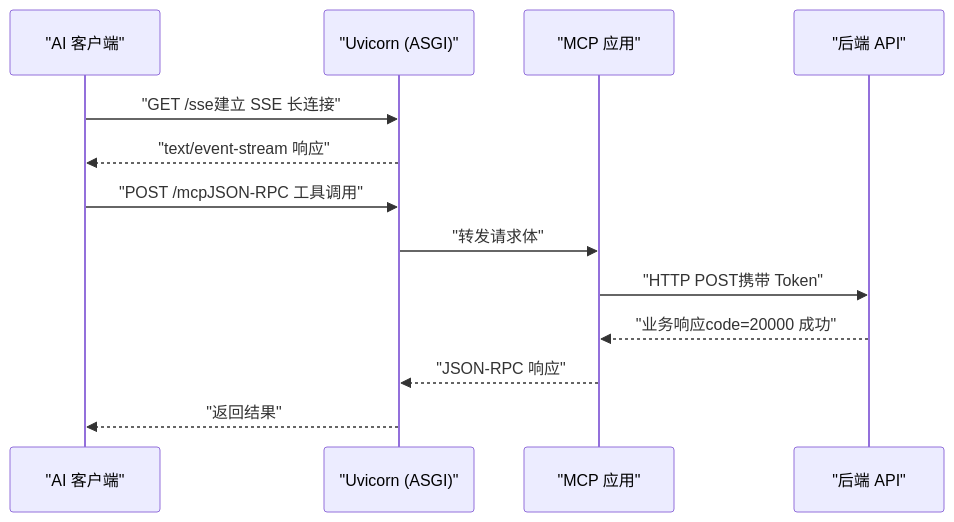
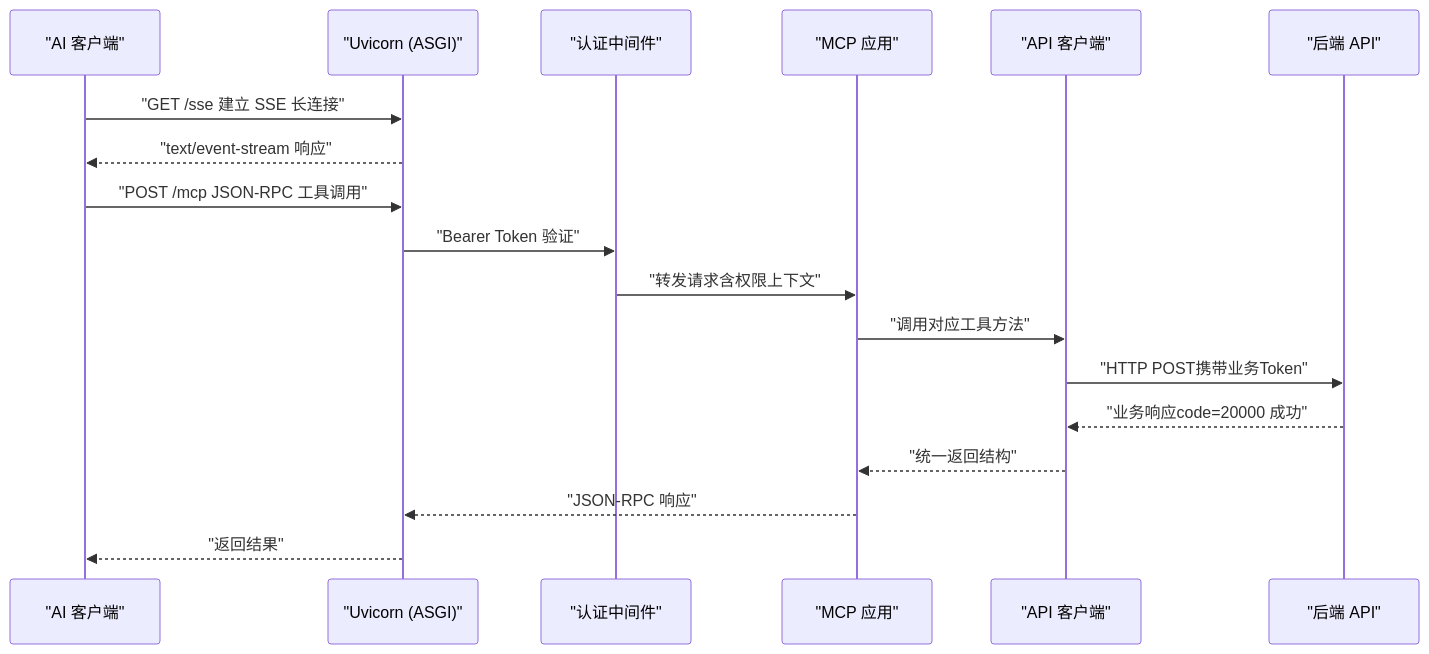
The second of 8 diagrams in .qoder/repowiki/zh/content/项目概述/项目概述.md (rookie-wind/web_ai), drawn with Mermaid before and after one commit. The commit also changed other lines of this file and 117 other files, not shown here.

````diff
--- a/.qoder/repowiki/zh/content/项目概述/项目概述.md
+++ b/.qoder/repowiki/zh/content/项目概述/项目概述.md
@@ -79,15 +89,20 @@
 ```mermaid
 sequenceDiagram
 participant Client as "AI 客户端"
 participant Uvicorn as "Uvicorn (ASGI)"
+participant Auth as "认证中间件"
 participant MCP as "MCP 应用"
-participant API as "后端 API"
-Client->>Uvicorn : "GET /sse建立 SSE 长连接"
+participant API as "API 客户端"
+participant Backend as "后端 API"
+Client->>Uvicorn : "GET /sse 建立 SSE 长连接"
 Uvicorn-->>Client : "text/event-stream 响应"
-Client->>Uvicorn : "POST /mcpJSON-RPC 工具调用"
-Uvicorn->>MCP : "转发请求体"
-MCP->>API : "HTTP POST携带 Token"
-API-->>MCP : "业务响应code=20000 成功"
+Client->>Uvicorn : "POST /mcp JSON-RPC 工具调用"
+Uvicorn->>Auth : "Bearer Token 验证"
+Auth->>MCP : "转发请求含权限上下文"
+MCP->>API : "调用对应工具方法"
+API->>Backend : "HTTP POST携带业务Token"
+Backend-->>API : "业务响应code=20000 成功"
+API-->>MCP : "统一返回结构"
 MCP-->>Uvicorn : "JSON-RPC 响应"
 Uvicorn-->>Client : "返回结果"
 ```
````
